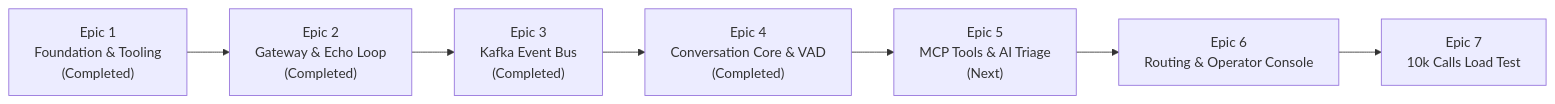
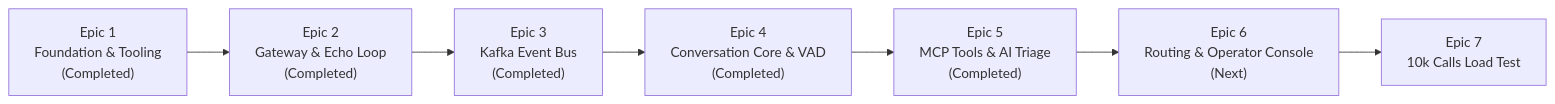
One commit to pedrazamiguez/voice-pulse changed the diagram in ROADMAP.md. Above: the diagram before and after it, drawn with Mermaid. The commit also changed other lines of this file and 1 other file, not shown here.

Commit message:
docs(roadmap): mark Epic 5 completed and promote Epic 6 to next

````diff
--- a/ROADMAP.md
+++ b/ROADMAP.md
@@ -26,9 +26,9 @@
 ```mermaid
 flowchart LR
     E1["Epic 1<br/>Foundation & Tooling<br/>(Completed)"] --> E2["Epic 2<br/>Gateway & Echo Loop<br/>(Completed)"]
     E2 --> E3["Epic 3<br/>Kafka Event Bus<br/>(Completed)"]
     E3 --> E4["Epic 4<br/>Conversation Core & VAD<br/>(Completed)"]
-    E4 --> E5["Epic 5<br/>MCP Tools & AI Triage<br/>(Next)"]
-    E5 --> E6["Epic 6<br/>Routing & Operator Console"]
+    E4 --> E5["Epic 5<br/>MCP Tools & AI Triage<br/>(Completed)"]
+    E5 --> E6["Epic 6<br/>Routing & Operator Console<br/>(Next)"]
     E6 --> E7["Epic 7<br/>10k Calls Load Test"]
 ```
````
